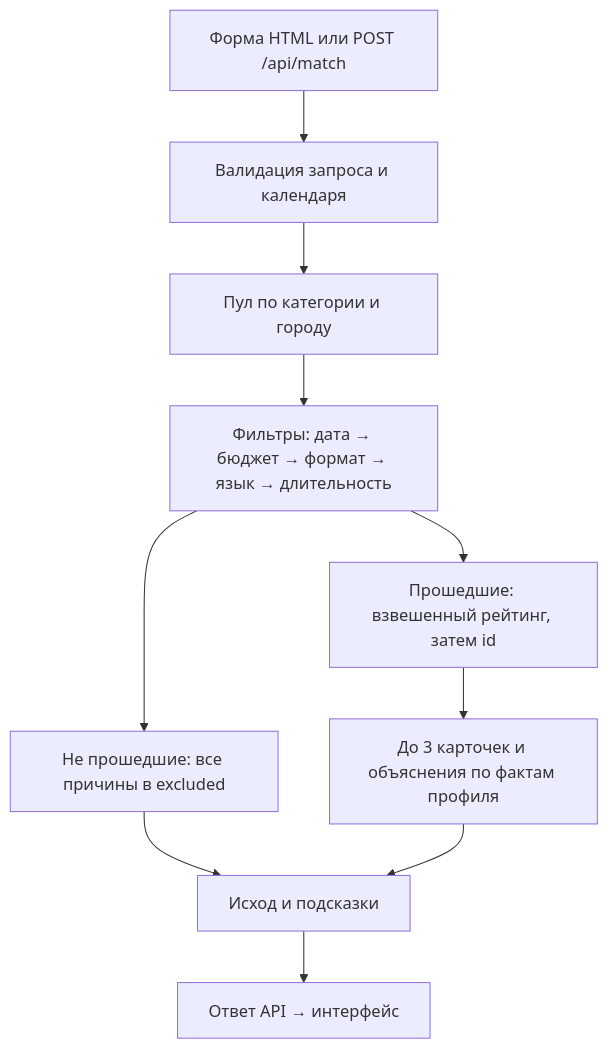
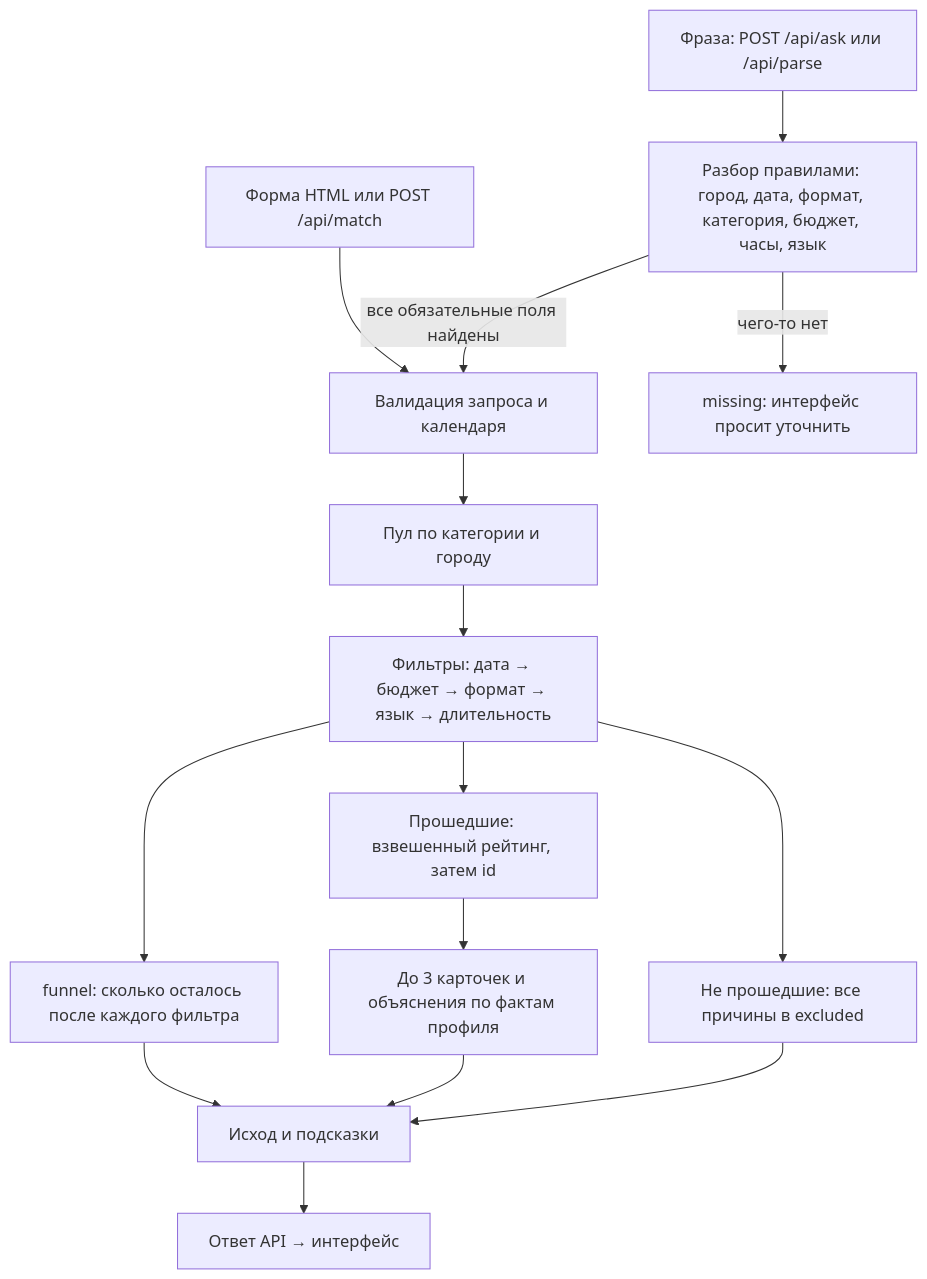
One commit to BAITC-Hacks/hack-774a9321-beyonder changed the diagram in README.md. Above: the diagram before and after it, drawn with Mermaid. The commit also changed other lines of this file and 3 other files, not shown here.

````diff
--- a/README.md
+++ b/README.md
@@ -20,12 +35,17 @@
 ```mermaid
 flowchart TD
+  T[Фраза: POST /api/ask или /api/parse] --> P[Разбор правилами: город, дата, формат, категория, бюджет, часы, язык]
+  P -->|все обязательные поля найдены| B
+  P -->|чего-то нет| M[missing: интерфейс просит уточнить]
   A[Форма HTML или POST /api/match] --> B[Валидация запроса и календаря]
   B --> C[Пул по категории и городу]
   C --> D[Фильтры: дата → бюджет → формат → язык → длительность]
+  D --> FN[funnel: сколько осталось после каждого фильтра]
   D --> E[Прошедшие: взвешенный рейтинг, затем id]
   D --> F[Не прошедшие: все причины в excluded]
   E --> G[До 3 карточек и объяснения по фактам профиля]
   F --> H[Исход и подсказки]
   G --> H
+  FN --> H
   H --> I[Ответ API → интерфейс]
 ```
````
